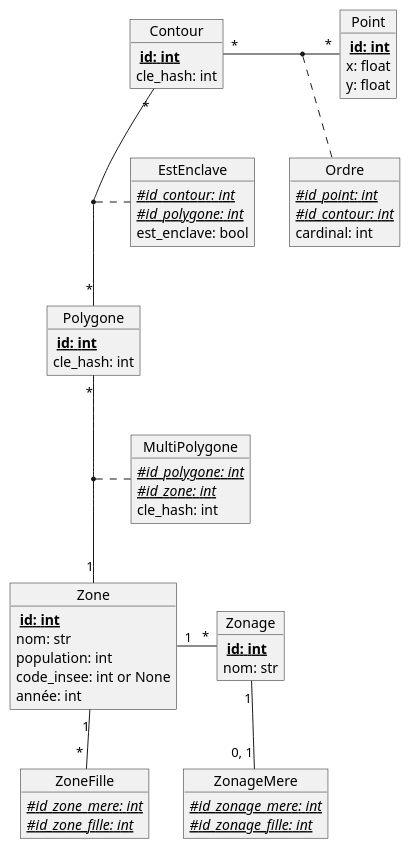
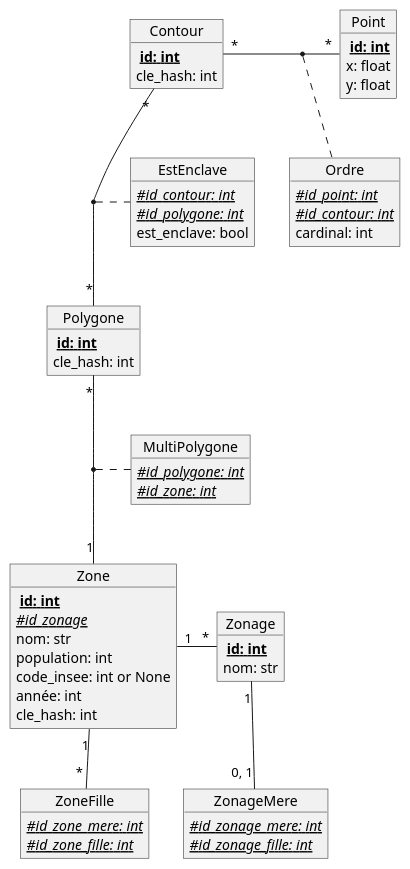
The diagram in doc/diagrammes/diagramme_entite_relation.md (antoni-guardia/ENSAI_ProjetInfo2A), drawn with PlantUML before and after one commit. The commit also changed 3 other files, not shown here.

```diff
--- a/doc/diagrammes/diagramme_entite_relation.md
+++ b/doc/diagrammes/diagramme_entite_relation.md
@@ -4,77 +4,78 @@
 @startuml
 object Zonage{
 <b> {Static} id: int
 nom: str
 }
 
 object Zone{
 <b> {Static} id: int 
+{Static}//#id_zonage//
 nom: str
 population: int
 code_insee: int or None
 année: int
+cle_hash: int
 
 }
 
 object MultiPolygone{
 {Static}//#id_polygone: int//
 {Static}//#id_zone: int//
-cle_hash: int
 
 }
 
 
 
 object Polygone{
 <b> {Static} id: int
 cle_hash: int
 }
 
 object Contour{
 <b> {Static} id: int
 cle_hash: int
 }
 
 object Point{
 <b> {Static} id: int
 x: float
 y: float
 }
 object EstEnclave{
 {Static}//#id_contour: int//
 {Static}//#id_polygone: int//
 est_enclave: bool
 }
 
 object Ordre{
 {Static}//#id_point: int//
 {Static}//#id_contour: int//
 cardinal: int
 
 }
 
 object ZoneFille{
 {Static}//#id_zone_mere: int//
 {Static}//#id_zone_fille: int//
 }
 
 object ZonageMere{
 {Static}//#id_zonage_mere: int//
 {Static}//#id_zonage_fille: int//
 }
 Zonage "1"-- "0, 1" ZonageMere
 
 Polygone "*" -- "1" Zone
 (Polygone, Zone) .. MultiPolygone
 
 Contour "*" -- "*" Polygone
 (Contour, Polygone) .. EstEnclave
 
 Contour "*" -right- "*" Point
 (Contour, Point) .. Ordre
 
 Zone "1" -down- " * " ZoneFille
 Zone "1" -right- "*" Zonage
 
 
 @enduml
```
